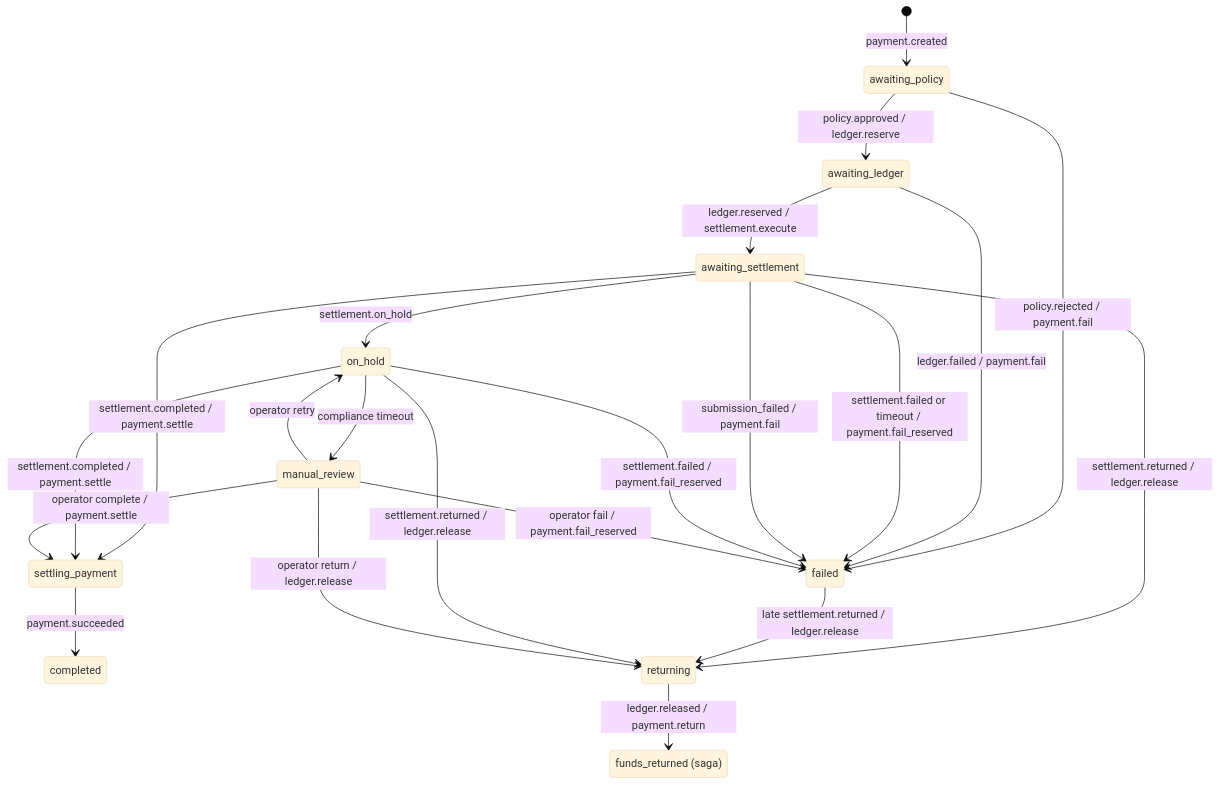
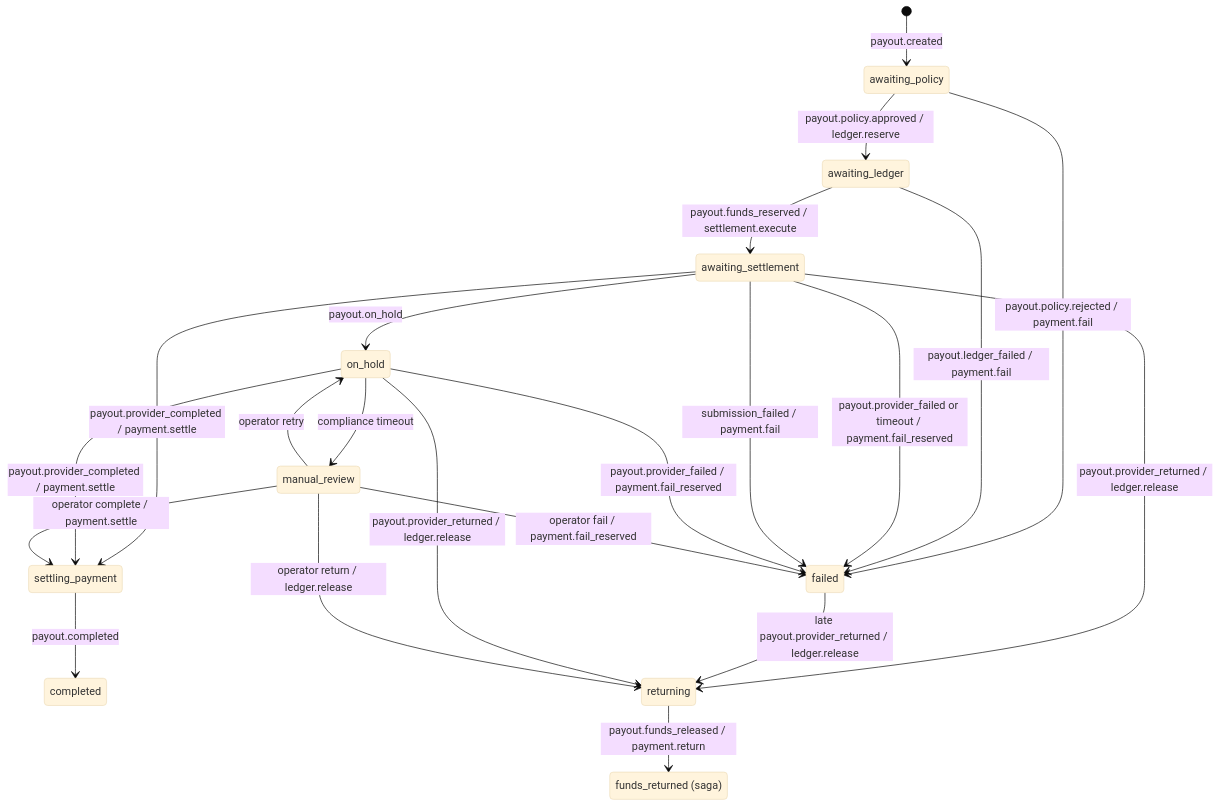
Before and after one commit to lancechuangdev/StableRail: the third of 4 diagrams in README.md, drawn with Mermaid (base theme). The commit also changed other lines of this file and 19 other files, not shown here.

````diff
--- a/README.md
+++ b/README.md
@@ -141,29 +144,29 @@
 ```mermaid
 stateDiagram-v2
     state "funds_returned (saga)" as returned
-    [*] --> awaiting_policy: payment.created
-    awaiting_policy --> awaiting_ledger: policy.approved / ledger.reserve
-    awaiting_policy --> failed: policy.rejected / payment.fail
-    awaiting_ledger --> awaiting_settlement: ledger.reserved / settlement.execute
-    awaiting_ledger --> failed: ledger.failed / payment.fail
+    [*] --> awaiting_policy: payout.created
+    awaiting_policy --> awaiting_ledger: payout.policy.approved / ledger.reserve
+    awaiting_policy --> failed: payout.policy.rejected / payment.fail
+    awaiting_ledger --> awaiting_settlement: payout.funds_reserved / settlement.execute
+    awaiting_ledger --> failed: payout.ledger_failed / payment.fail
 
-    awaiting_settlement --> settling_payment: settlement.completed / payment.settle
-    settling_payment --> completed: payment.succeeded
+    awaiting_settlement --> settling_payment: payout.provider_completed / payment.settle
+    settling_payment --> completed: payout.completed
 
-    awaiting_settlement --> failed: settlement.failed or timeout / payment.fail_reserved
+    awaiting_settlement --> failed: payout.provider_failed or timeout / payment.fail_reserved
     awaiting_settlement --> failed: submission_failed / payment.fail
 
-    awaiting_settlement --> returning: settlement.returned / ledger.release
-    failed --> returning: late settlement.returned / ledger.release
-    returning --> returned: ledger.released / payment.return
+    awaiting_settlement --> returning: payout.provider_returned / ledger.release
+    failed --> returning: late payout.provider_returned / ledger.release
+    returning --> returned: payout.funds_released / payment.return
 
-    awaiting_settlement --> on_hold: settlement.on_hold
-    on_hold --> settling_payment: settlement.completed / payment.settle
-    on_hold --> failed: settlement.failed / payment.fail_reserved
-    on_hold --> returning: settlement.returned / ledger.release
+    awaiting_settlement --> on_hold: payout.on_hold
+    on_hold --> settling_payment: payout.provider_completed / payment.settle
+    on_hold --> failed: payout.provider_failed / payment.fail_reserved
+    on_hold --> returning: payout.provider_returned / ledger.release
     on_hold --> manual_review: compliance timeout
     manual_review --> on_hold: operator retry
     manual_review --> settling_payment: operator complete / payment.settle
     manual_review --> failed: operator fail / payment.fail_reserved
     manual_review --> returning: operator return / ledger.release
 ```
````
